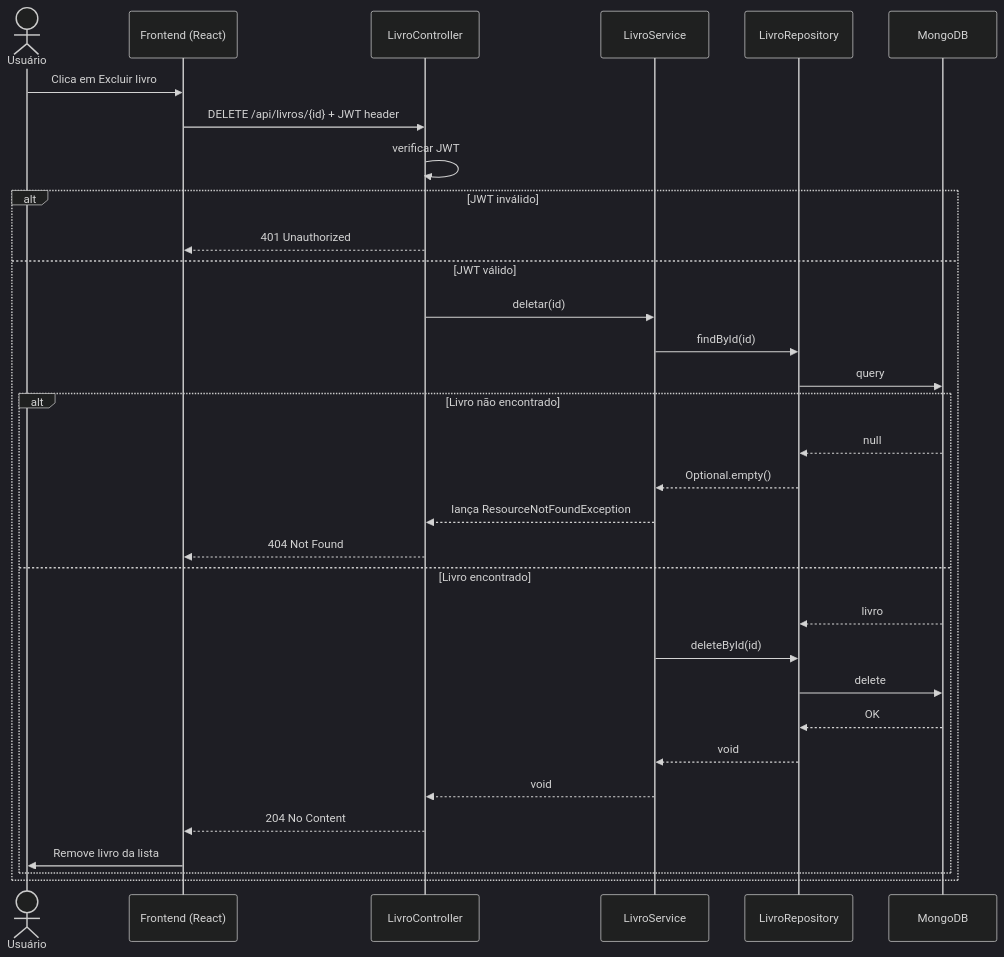
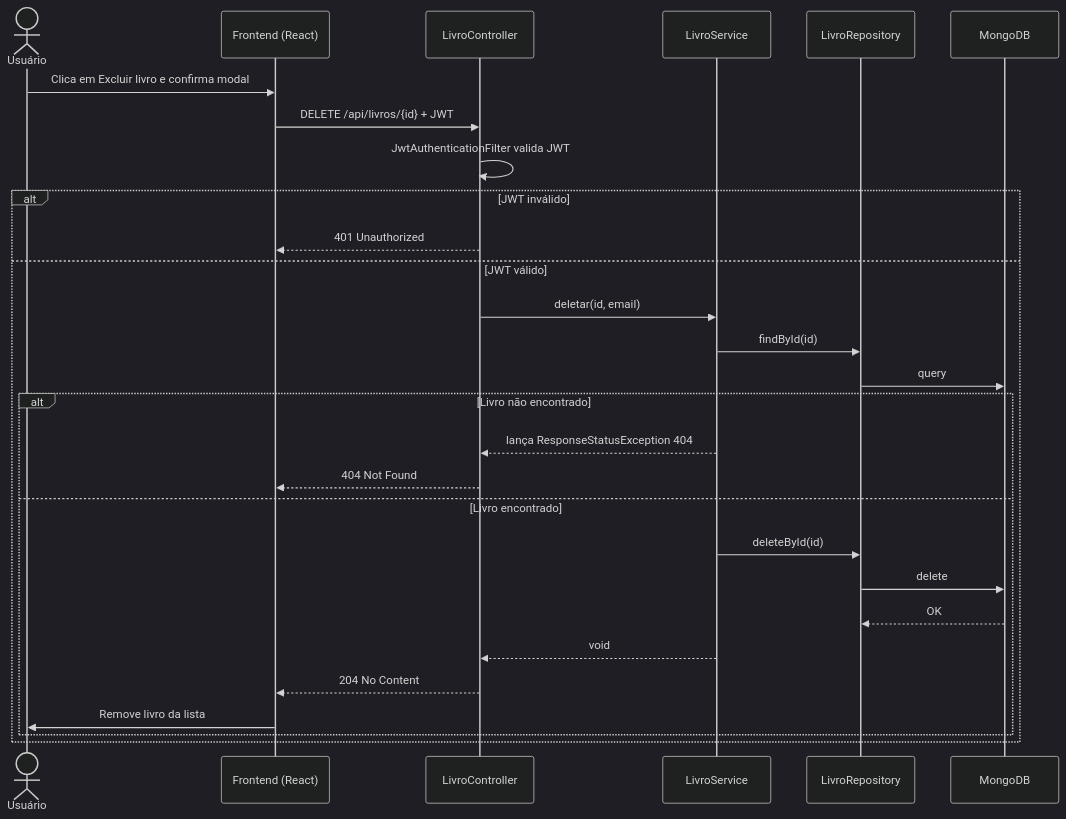
One commit to limmuz/biblioteca changed the seventh of 20 diagrams in RTM.md. Above: the diagram before and after it, drawn with Mermaid (dark theme). The commit also changed other lines of this file and 47 other files, not shown here.

````diff
--- a/RTM.md
+++ b/RTM.md
@@ -267,35 +267,31 @@
 ```mermaid
 sequenceDiagram
     actor U as Usuário
     participant F as Frontend (React)
     participant L as LivroController
     participant S as LivroService
     participant R as LivroRepository
     participant M as MongoDB
 
-    U->>F: Clica em Excluir livro
-    F->>L: DELETE /api/livros/{id} + JWT header
-    L->>L: verificar JWT
+    U->>F: Clica em Excluir livro e confirma modal
+    F->>L: DELETE /api/livros/{id} + JWT
+    L->>L: JwtAuthenticationFilter valida JWT
     alt JWT inválido
         L-->>F: 401 Unauthorized
     else JWT válido
-        L->>S: deletar(id)
+        L->>S: deletar(id, email)
         S->>R: findById(id)
         R->>M: query
         alt Livro não encontrado
-            M-->>R: null
-            R-->>S: Optional.empty()
-            S-->>L: lança ResourceNotFoundException
+            S-->>L: lança ResponseStatusException 404
             L-->>F: 404 Not Found
         else Livro encontrado
-            M-->>R: livro
             S->>R: deleteById(id)
             R->>M: delete
             M-->>R: OK
-            R-->>S: void
             S-->>L: void
             L-->>F: 204 No Content
             F->>U: Remove livro da lista
         end
     end
 ```
````
